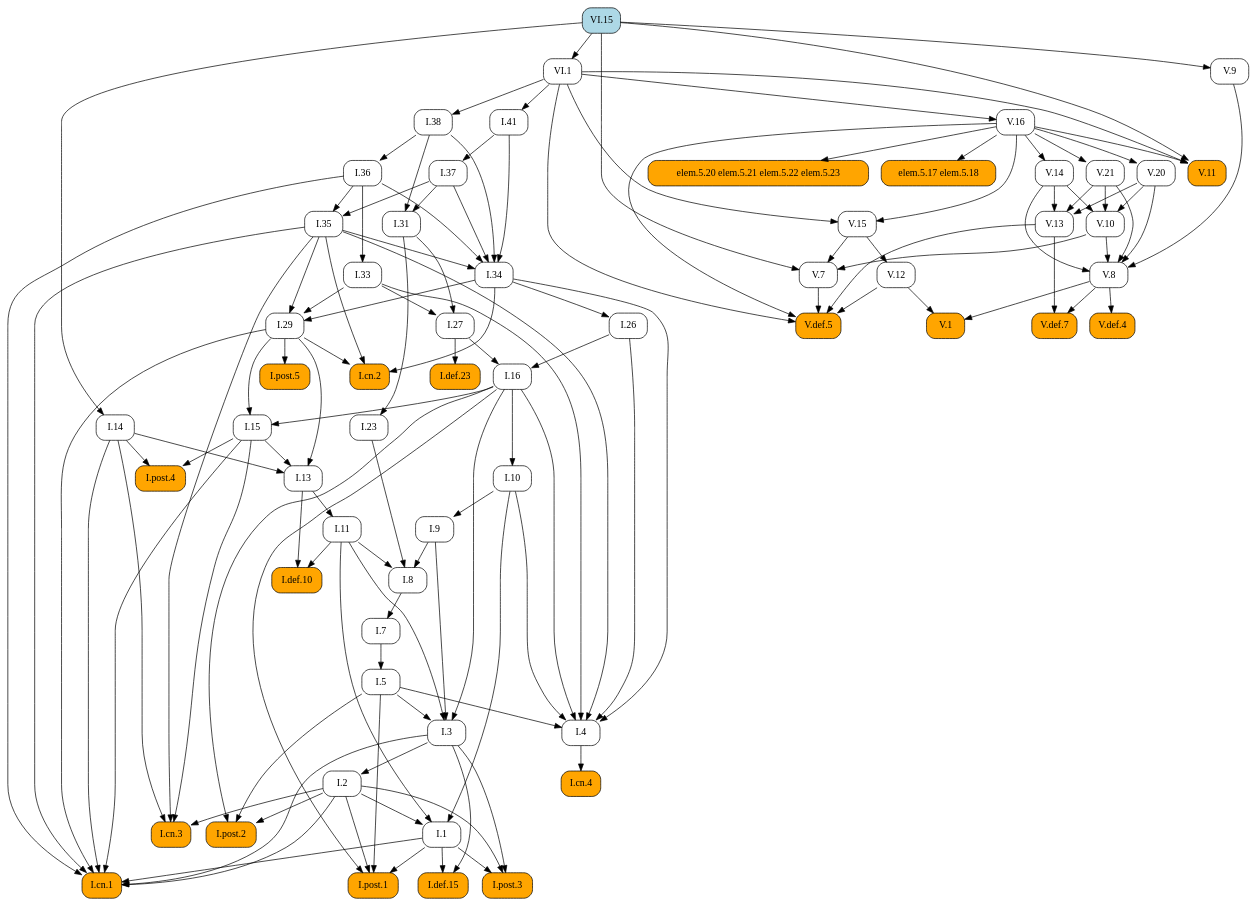
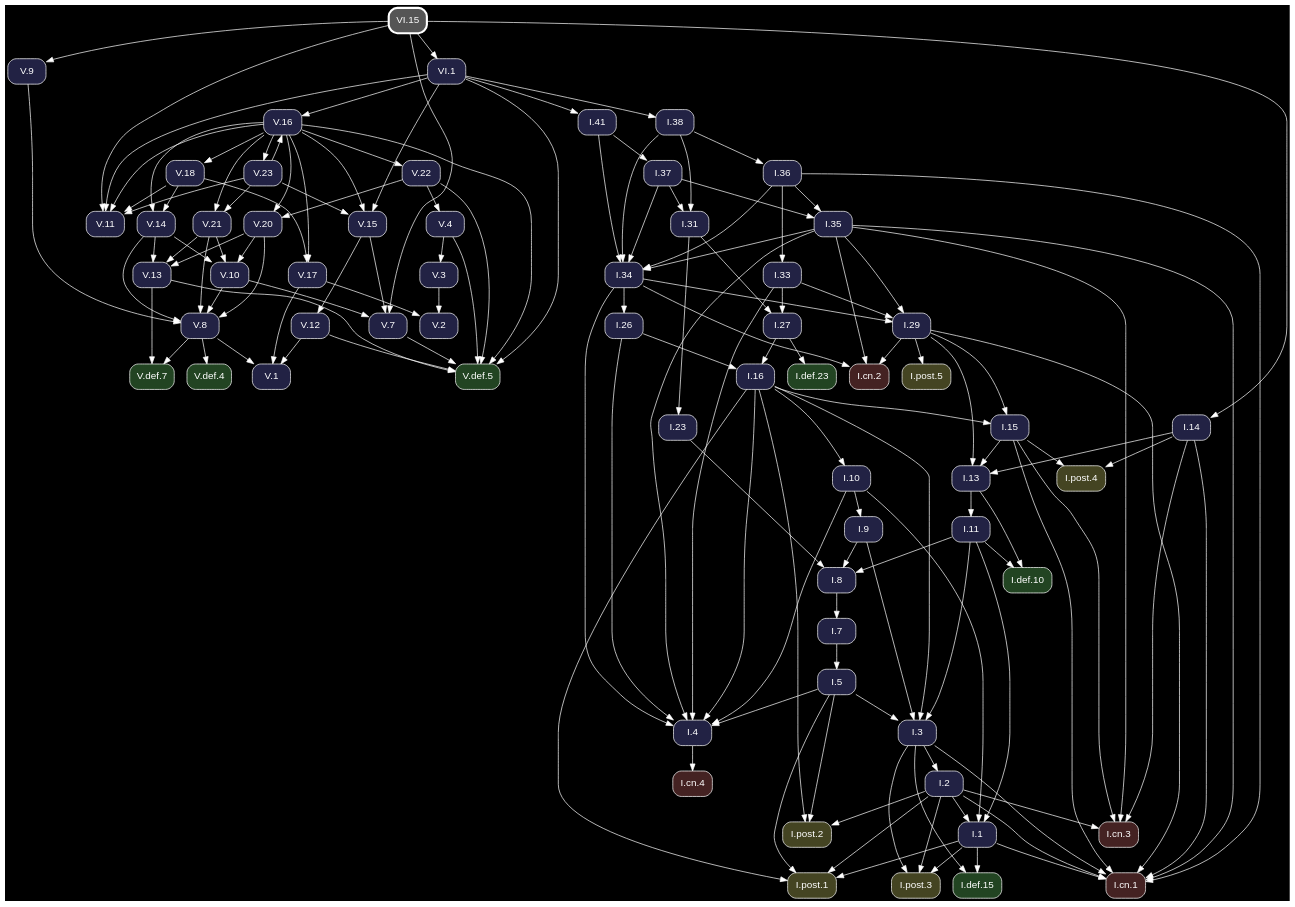
The diagram in docsrc/heath/VI/15/index.rst (geometor/elements), drawn with Graphviz before and after one commit. The commit also changed other lines of this file and 1200 other files, not shown here.

Commit message:
update dependency graphs

```diff
--- a/docsrc/heath/VI/15/index.rst
+++ b/docsrc/heath/VI/15/index.rst
@@ -53,121 +53,91 @@
 .. graphviz::
 
    digraph {
+     bgcolor="black";
+     node [shape=box, style="rounded,filled", fontname="Helvetica", color="white", fontcolor="white"];
+     edge [color="white", fontcolor="white"];
      rankdir="TB";
-     node [shape=box, style=rounded];
-     "V.16" [URL="/heath/V/16/", target="_top"];
-     "I.23" [URL="/heath/I/23/", target="_top"];
-     "I.9" [URL="/heath/I/9/", target="_top"];
-     "I.33" [URL="/heath/I/33/", target="_top"];
-     "VI.15" [style="rounded,filled", fillcolor=lightblue, URL="/heath/VI/15/", target="_top"];
-     "I.def.15" [style="rounded,filled", fillcolor=orange, URL="/heath/I/def.15/", target="_top"];
-     "V.13" [URL="/heath/V/13/", target="_top"];
-     "V.7" [URL="/heath/V/7/", target="_top"];
-     "elem.5.17 elem.5.18" [style="rounded,filled", fillcolor=orange];
-     "I.post.3" [style="rounded,filled", fillcolor=orange, URL="/heath/I/post.3/", target="_top"];
-     "I.post.1" [style="rounded,filled", fillcolor=orange, URL="/heath/I/post.1/", target="_top"];
-     "V.14" [URL="/heath/V/14/", target="_top"];
-     "V.def.5" [style="rounded,filled", fillcolor=orange, URL="/heath/V/def.5/", target="_top"];
-     "V.9" [URL="/heath/V/9/", target="_top"];
-     "I.31" [URL="/heath/I/31/", target="_top"];
-     "I.def.10" [style="rounded,filled", fillcolor=orange, URL="/heath/I/def.10/", target="_top"];
-     "V.10" [URL="/heath/V/10/", target="_top"];
-     "VI.1" [URL="/heath/VI/1/", target="_top"];
-     "V.20" [URL="/heath/V/20/", target="_top"];
-     "I.27" [URL="/heath/I/27/", target="_top"];
-     "I.14" [URL="/heath/I/14/", target="_top"];
-     "V.11" [style="rounded,filled", fillcolor=orange, URL="/heath/V/11/", target="_top"];
-     "I.34" [URL="/heath/I/34/", target="_top"];
-     "V.12" [URL="/heath/V/12/", target="_top"];
-     "I.3" [URL="/heath/I/3/", target="_top"];
-     "V.def.4" [style="rounded,filled", fillcolor=orange, URL="/heath/V/def.4/", target="_top"];
-     "I.35" [URL="/heath/I/35/", target="_top"];
-     "I.cn.1" [style="rounded,filled", fillcolor=orange, URL="/heath/I/cn.1/", target="_top"];
-     "V.def.7" [style="rounded,filled", fillcolor=orange, URL="/heath/V/def.7/", target="_top"];
-     "I.7" [URL="/heath/I/7/", target="_top"];
-     "V.21" [URL="/heath/V/21/", target="_top"];
-     "I.2" [URL="/heath/I/2/", target="_top"];
-     "I.36" [URL="/heath/I/36/", target="_top"];
-     "I.13" [URL="/heath/I/13/", target="_top"];
-     "I.post.4" [style="rounded,filled", fillcolor=orange, URL="/heath/I/post.4/", target="_top"];
-     "I.4" [URL="/heath/I/4/", target="_top"];
-     "I.1" [URL="/heath/I/1/", target="_top"];
-     "I.5" [URL="/heath/I/5/", target="_top"];
-     "I.37" [URL="/heath/I/37/", target="_top"];
-     "I.8" [URL="/heath/I/8/", target="_top"];
-     "I.cn.3" [style="rounded,filled", fillcolor=orange, URL="/heath/I/cn.3/", target="_top"];
-     "I.29" [URL="/heath/I/29/", target="_top"];
-     "I.16" [URL="/heath/I/16/", target="_top"];
-     "I.38" [URL="/heath/I/38/", target="_top"];
-     "V.8" [URL="/heath/V/8/", target="_top"];
-     "I.15" [URL="/heath/I/15/", target="_top"];
-     "V.1" [style="rounded,filled", fillcolor=orange, URL="/heath/V/1/", target="_top"];
-     "I.11" [URL="/heath/I/11/", target="_top"];
-     "I.def.23" [style="rounded,filled", fillcolor=orange, URL="/heath/I/def.23/", target="_top"];
-     "I.10" [URL="/heath/I/10/", target="_top"];
-     "I.cn.2" [style="rounded,filled", fillcolor=orange, URL="/heath/I/cn.2/", target="_top"];
-     "I.post.5" [style="rounded,filled", fillcolor=orange, URL="/heath/I/post.5/", target="_top"];
-     "I.cn.4" [style="rounded,filled", fillcolor=orange, URL="/heath/I/cn.4/", target="_top"];
-     "I.41" [URL="/heath/I/41/", target="_top"];
-     "V.15" [URL="/heath/V/15/", target="_top"];
-     "I.post.2" [style="rounded,filled", fillcolor=orange, URL="/heath/I/post.2/", target="_top"];
-     "I.26" [URL="/heath/I/26/", target="_top"];
-     "elem.5.20 elem.5.21 elem.5.22 elem.5.23" [style="rounded,filled", fillcolor=orange];
-     "VI.1" -> "V.16";
-     "I.31" -> "I.23";
-     "I.10" -> "I.9";
-     "I.36" -> "I.33";
-     "I.1" -> "I.def.15";
-     "I.3" -> "I.def.15";
-     "V.14" -> "V.13";
-     "V.20" -> "V.13";
-     "V.21" -> "V.13";
-     "V.10" -> "V.7";
-     "V.15" -> "V.7";
-     "VI.15" -> "V.7";
-     "V.16" -> "elem.5.17 elem.5.18";
-     "I.1" -> "I.post.3";
-     "I.2" -> "I.post.3";
-     "I.3" -> "I.post.3";
-     "I.1" -> "I.post.1";
-     "I.2" -> "I.post.1";
-     "I.5" -> "I.post.1";
-     "I.16" -> "I.post.1";
-     "V.16" -> "V.14";
+     "V.15" [fillcolor="#222244", URL="/heath/V/15/", target="_top"];
+     "V.def.5" [fillcolor="#224422", URL="/heath/V/def.5/", target="_top"];
+     "V.22" [fillcolor="#222244", URL="/heath/V/22/", target="_top"];
+     "VI.15" [penwidth=3, color="white", fillcolor="#555555", URL="/heath/VI/15/", target="_top"];
+     "I.31" [fillcolor="#222244", URL="/heath/I/31/", target="_top"];
+     "I.3" [fillcolor="#222244", URL="/heath/I/3/", target="_top"];
+     "V.12" [fillcolor="#222244", URL="/heath/V/12/", target="_top"];
+     "I.cn.1" [fillcolor="#442222", URL="/heath/I/cn.1/", target="_top"];
+     "I.def.10" [fillcolor="#224422", URL="/heath/I/def.10/", target="_top"];
+     "V.18" [fillcolor="#222244", URL="/heath/V/18/", target="_top"];
+     "V.14" [fillcolor="#222244", URL="/heath/V/14/", target="_top"];
+     "I.15" [fillcolor="#222244", URL="/heath/I/15/", target="_top"];
+     "I.13" [fillcolor="#222244", URL="/heath/I/13/", target="_top"];
+     "I.27" [fillcolor="#222244", URL="/heath/I/27/", target="_top"];
+     "V.23" [fillcolor="#222244", URL="/heath/V/23/", target="_top"];
+     "I.2" [fillcolor="#222244", URL="/heath/I/2/", target="_top"];
+     "I.41" [fillcolor="#222244", URL="/heath/I/41/", target="_top"];
+     "I.cn.2" [fillcolor="#442222", URL="/heath/I/cn.2/", target="_top"];
+     "I.9" [fillcolor="#222244", URL="/heath/I/9/", target="_top"];
+     "I.1" [fillcolor="#222244", URL="/heath/I/1/", target="_top"];
+     "I.post.5" [fillcolor="#444422", URL="/heath/I/post.5/", target="_top"];
+     "I.post.4" [fillcolor="#444422", URL="/heath/I/post.4/", target="_top"];
+     "I.23" [fillcolor="#222244", URL="/heath/I/23/", target="_top"];
+     "I.26" [fillcolor="#222244", URL="/heath/I/26/", target="_top"];
+     "I.8" [fillcolor="#222244", URL="/heath/I/8/", target="_top"];
+     "I.4" [fillcolor="#222244", URL="/heath/I/4/", target="_top"];
+     "V.4" [fillcolor="#222244", URL="/heath/V/4/", target="_top"];
+     "V.16" [fillcolor="#222244", URL="/heath/V/16/", target="_top"];
+     "I.7" [fillcolor="#222244", URL="/heath/I/7/", target="_top"];
+     "V.7" [fillcolor="#222244", URL="/heath/V/7/", target="_top"];
+     "I.5" [fillcolor="#222244", URL="/heath/I/5/", target="_top"];
+     "V.9" [fillcolor="#222244", URL="/heath/V/9/", target="_top"];
+     "VI.1" [fillcolor="#222244", URL="/heath/VI/1/", target="_top"];
+     "I.10" [fillcolor="#222244", URL="/heath/I/10/", target="_top"];
+     "V.11" [fillcolor="#222244", URL="/heath/V/11/", target="_top"];
+     "V.def.7" [fillcolor="#224422", URL="/heath/V/def.7/", target="_top"];
+     "V.def.4" [fillcolor="#224422", URL="/heath/V/def.4/", target="_top"];
+     "V.20" [fillcolor="#222244", URL="/heath/V/20/", target="_top"];
+     "I.post.1" [fillcolor="#444422", URL="/heath/I/post.1/", target="_top"];
+     "I.11" [fillcolor="#222244", URL="/heath/I/11/", target="_top"];
+     "I.37" [fillcolor="#222244", URL="/heath/I/37/", target="_top"];
+     "I.16" [fillcolor="#222244", URL="/heath/I/16/", target="_top"];
+     "I.cn.3" [fillcolor="#442222", URL="/heath/I/cn.3/", target="_top"];
+     "I.36" [fillcolor="#222244", URL="/heath/I/36/", target="_top"];
+     "I.38" [fillcolor="#222244", URL="/heath/I/38/", target="_top"];
+     "I.29" [fillcolor="#222244", URL="/heath/I/29/", target="_top"];
+     "I.post.2" [fillcolor="#444422", URL="/heath/I/post.2/", target="_top"];
+     "I.cn.4" [fillcolor="#442222", URL="/heath/I/cn.4/", target="_top"];
+     "I.def.23" [fillcolor="#224422", URL="/heath/I/def.23/", target="_top"];
+     "I.14" [fillcolor="#222244", URL="/heath/I/14/", target="_top"];
+     "V.1" [fillcolor="#222244", URL="/heath/V/1/", target="_top"];
+     "I.35" [fillcolor="#222244", URL="/heath/I/35/", target="_top"];
+     "V.2" [fillcolor="#222244", URL="/heath/V/2/", target="_top"];
+     "I.post.3" [fillcolor="#444422", URL="/heath/I/post.3/", target="_top"];
+     "V.13" [fillcolor="#222244", URL="/heath/V/13/", target="_top"];
+     "V.8" [fillcolor="#222244", URL="/heath/V/8/", target="_top"];
+     "V.21" [fillcolor="#222244", URL="/heath/V/21/", target="_top"];
+     "I.33" [fillcolor="#222244", URL="/heath/I/33/", target="_top"];
+     "I.34" [fillcolor="#222244", URL="/heath/I/34/", target="_top"];
+     "I.def.15" [fillcolor="#224422", URL="/heath/I/def.15/", target="_top"];
+     "V.3" [fillcolor="#222244", URL="/heath/V/3/", target="_top"];
+     "V.17" [fillcolor="#222244", URL="/heath/V/17/", target="_top"];
+     "V.10" [fillcolor="#222244", URL="/heath/V/10/", target="_top"];
+     "V.16" -> "V.15";
+     "V.23" -> "V.15";
+     "VI.1" -> "V.15";
+     "V.4" -> "V.def.5";
      "V.7" -> "V.def.5";
      "V.12" -> "V.def.5";
      "V.13" -> "V.def.5";
      "V.16" -> "V.def.5";
+     "V.22" -> "V.def.5";
      "VI.1" -> "V.def.5";
-     "VI.15" -> "V.9";
+     "V.16" -> "V.22";
      "I.37" -> "I.31";
      "I.38" -> "I.31";
-     "I.11" -> "I.def.10";
-     "I.13" -> "I.def.10";
-     "V.14" -> "V.10";
-     "V.20" -> "V.10";
-     "V.21" -> "V.10";
-     "VI.15" -> "VI.1";
-     "V.16" -> "V.20";
-     "I.31" -> "I.27";
-     "I.33" -> "I.27";
-     "VI.15" -> "I.14";
-     "V.16" -> "V.11";
-     "VI.1" -> "V.11";
-     "VI.15" -> "V.11";
-     "I.35" -> "I.34";
-     "I.36" -> "I.34";
-     "I.37" -> "I.34";
-     "I.38" -> "I.34";
-     "I.41" -> "I.34";
-     "V.15" -> "V.12";
      "I.5" -> "I.3";
      "I.9" -> "I.3";
      "I.11" -> "I.3";
      "I.16" -> "I.3";
-     "V.8" -> "V.def.4";
-     "I.36" -> "I.35";
-     "I.37" -> "I.35";
+     "V.15" -> "V.12";
      "I.1" -> "I.cn.1";
      "I.2" -> "I.cn.1";
      "I.3" -> "I.cn.1";
@@ -176,17 +146,36 @@
      "I.29" -> "I.cn.1";
      "I.35" -> "I.cn.1";
      "I.36" -> "I.cn.1";
-     "V.8" -> "V.def.7";
-     "V.13" -> "V.def.7";
-     "I.8" -> "I.7";
-     "V.16" -> "V.21";
-     "I.3" -> "I.2";
-     "I.38" -> "I.36";
+     "I.11" -> "I.def.10";
+     "I.13" -> "I.def.10";
+     "V.16" -> "V.18";
+     "V.16" -> "V.14";
+     "V.18" -> "V.14";
+     "I.16" -> "I.15";
+     "I.29" -> "I.15";
      "I.14" -> "I.13";
      "I.15" -> "I.13";
      "I.29" -> "I.13";
+     "I.31" -> "I.27";
+     "I.33" -> "I.27";
+     "V.16" -> "V.23";
+     "I.3" -> "I.2";
+     "VI.1" -> "I.41";
+     "I.29" -> "I.cn.2";
+     "I.34" -> "I.cn.2";
+     "I.35" -> "I.cn.2";
+     "I.10" -> "I.9";
+     "I.2" -> "I.1";
+     "I.10" -> "I.1";
+     "I.11" -> "I.1";
+     "I.29" -> "I.post.5";
      "I.14" -> "I.post.4";
      "I.15" -> "I.post.4";
+     "I.31" -> "I.23";
+     "I.34" -> "I.26";
+     "I.9" -> "I.8";
+     "I.11" -> "I.8";
+     "I.23" -> "I.8";
      "I.5" -> "I.4";
      "I.10" -> "I.4";
      "I.16" -> "I.4";
@@ -194,47 +183,82 @@
      "I.33" -> "I.4";
      "I.34" -> "I.4";
      "I.35" -> "I.4";
-     "I.2" -> "I.1";
-     "I.10" -> "I.1";
-     "I.11" -> "I.1";
+     "V.22" -> "V.4";
+     "V.23" -> "V.16";
+     "VI.1" -> "V.16";
+     "I.8" -> "I.7";
+     "V.10" -> "V.7";
+     "V.15" -> "V.7";
+     "VI.15" -> "V.7";
      "I.7" -> "I.5";
+     "VI.15" -> "V.9";
+     "VI.15" -> "VI.1";
+     "I.16" -> "I.10";
+     "V.16" -> "V.11";
+     "V.18" -> "V.11";
+     "V.23" -> "V.11";
+     "VI.1" -> "V.11";
+     "VI.15" -> "V.11";
+     "V.8" -> "V.def.7";
+     "V.13" -> "V.def.7";
+     "V.8" -> "V.def.4";
+     "V.16" -> "V.20";
+     "V.22" -> "V.20";
+     "I.1" -> "I.post.1";
+     "I.2" -> "I.post.1";
+     "I.5" -> "I.post.1";
+     "I.16" -> "I.post.1";
+     "I.13" -> "I.11";
      "I.41" -> "I.37";
-     "I.9" -> "I.8";
-     "I.11" -> "I.8";
-     "I.23" -> "I.8";
+     "I.26" -> "I.16";
+     "I.27" -> "I.16";
      "I.2" -> "I.cn.3";
      "I.14" -> "I.cn.3";
      "I.15" -> "I.cn.3";
      "I.35" -> "I.cn.3";
+     "I.38" -> "I.36";
+     "VI.1" -> "I.38";
      "I.33" -> "I.29";
      "I.34" -> "I.29";
      "I.35" -> "I.29";
-     "I.26" -> "I.16";
-     "I.27" -> "I.16";
-     "VI.1" -> "I.38";
+     "I.2" -> "I.post.2";
+     "I.5" -> "I.post.2";
+     "I.16" -> "I.post.2";
+     "I.4" -> "I.cn.4";
+     "I.27" -> "I.def.23";
+     "VI.15" -> "I.14";
+     "V.8" -> "V.1";
+     "V.12" -> "V.1";
+     "V.17" -> "V.1";
+     "I.36" -> "I.35";
+     "I.37" -> "I.35";
+     "V.3" -> "V.2";
+     "V.17" -> "V.2";
+     "I.1" -> "I.post.3";
+     "I.2" -> "I.post.3";
+     "I.3" -> "I.post.3";
+     "V.14" -> "V.13";
+     "V.20" -> "V.13";
+     "V.21" -> "V.13";
      "V.9" -> "V.8";
      "V.10" -> "V.8";
      "V.14" -> "V.8";
      "V.20" -> "V.8";
      "V.21" -> "V.8";
-     "I.16" -> "I.15";
-     "I.29" -> "I.15";
-     "V.8" -> "V.1";
-     "V.12" -> "V.1";
-     "I.13" -> "I.11";
-     "I.27" -> "I.def.23";
-     "I.16" -> "I.10";
-     "I.29" -> "I.cn.2";
-     "I.34" -> "I.cn.2";
-     "I.35" -> "I.cn.2";
-     "I.29" -> "I.post.5";
-     "I.4" -> "I.cn.4";
-     "VI.1" -> "I.41";
-     "V.16" -> "V.15";
-     "VI.1" -> "V.15";
-     "I.2" -> "I.post.2";
-     "I.5" -> "I.post.2";
-     "I.16" -> "I.post.2";
-     "I.34" -> "I.26";
-     "V.16" -> "elem.5.20 elem.5.21 elem.5.22 elem.5.23";
+     "V.16" -> "V.21";
+     "V.23" -> "V.21";
+     "I.36" -> "I.33";
+     "I.35" -> "I.34";
+     "I.36" -> "I.34";
+     "I.37" -> "I.34";
+     "I.38" -> "I.34";
+     "I.41" -> "I.34";
+     "I.1" -> "I.def.15";
+     "I.3" -> "I.def.15";
+     "V.4" -> "V.3";
+     "V.16" -> "V.17";
+     "V.18" -> "V.17";
+     "V.14" -> "V.10";
+     "V.20" -> "V.10";
+     "V.21" -> "V.10";
    }
```
